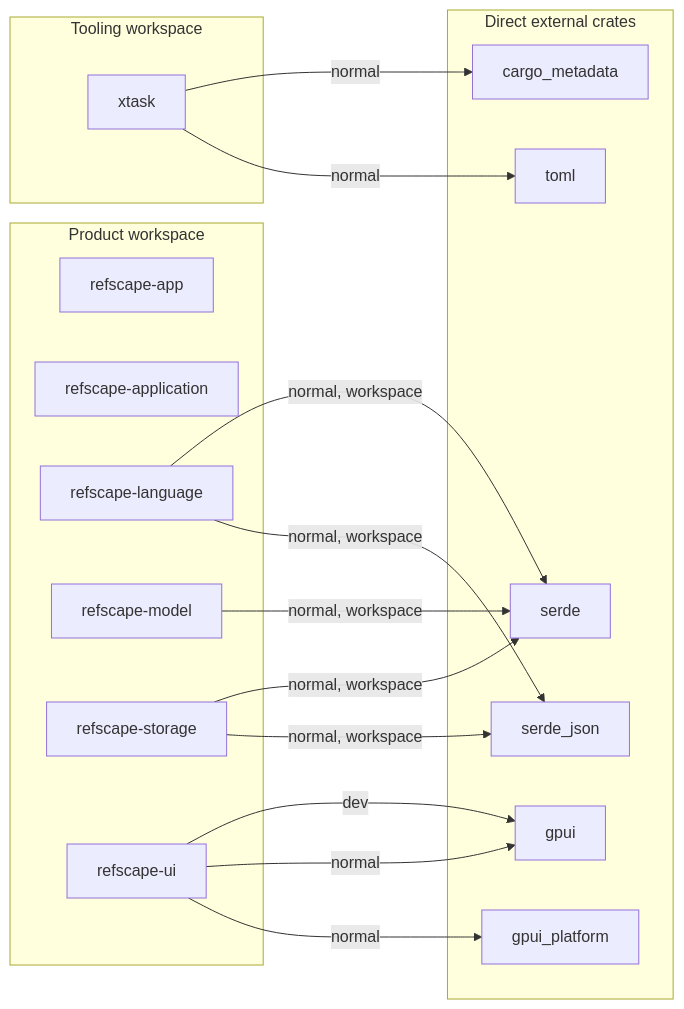
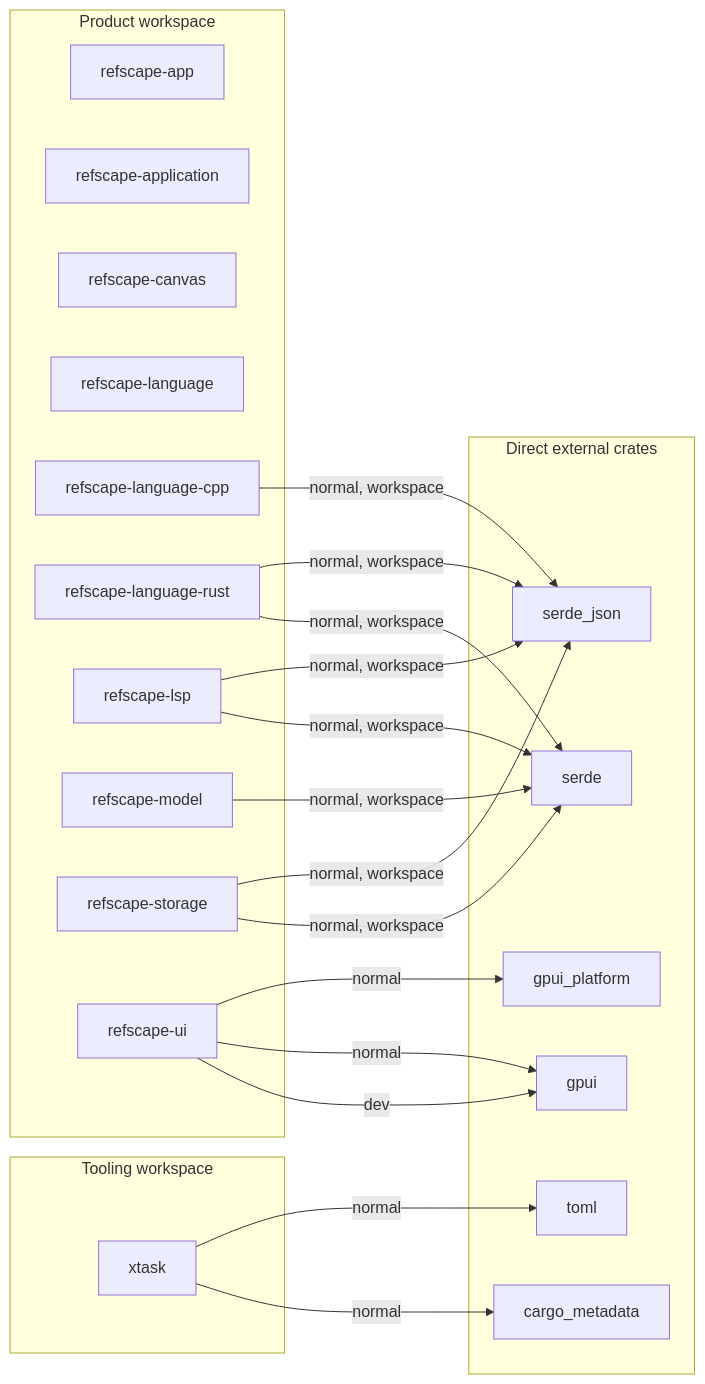
One commit to Kashiwade-music/refscape changed the second of 2 diagrams in docs/dependency-graph.md. Above: the diagram before and after it, drawn with Mermaid. The commit also changed other lines of this file and 77 other files, not shown here.

Commit message:
Refactor into acyclic language, LSP, and canvas crates

````diff
--- a/docs/dependency-graph.md
+++ b/docs/dependency-graph.md
@@ -46,32 +62,39 @@
 ```mermaid
 flowchart LR
     subgraph product["Product workspace"]
         refscape_app["refscape-app"]
         refscape_application["refscape-application"]
+        refscape_canvas["refscape-canvas"]
         refscape_language["refscape-language"]
+        refscape_language_cpp["refscape-language-cpp"]
+        refscape_language_rust["refscape-language-rust"]
+        refscape_lsp["refscape-lsp"]
         refscape_model["refscape-model"]
         refscape_storage["refscape-storage"]
         refscape_ui["refscape-ui"]
     end
     subgraph tooling["Tooling workspace"]
         xtask["xtask"]
     end
     subgraph external["Direct external crates"]
         external_0["cargo_metadata"]
         external_1["gpui"]
         external_2["gpui_platform"]
         external_3["serde"]
         external_4["serde_json"]
         external_5["toml"]
     end
-    refscape_language -->|"normal, workspace"| external_3
-    refscape_language -->|"normal, workspace"| external_4
+    refscape_language_cpp -->|"normal, workspace"| external_4
+    refscape_language_rust -->|"normal, workspace"| external_3
+    refscape_language_rust -->|"normal, workspace"| external_4
+    refscape_lsp -->|"normal, workspace"| external_3
+    refscape_lsp -->|"normal, workspace"| external_4
     refscape_model -->|"normal, workspace"| external_3
     refscape_storage -->|"normal, workspace"| external_3
     refscape_storage -->|"normal, workspace"| external_4
     refscape_ui -->|"dev"| external_1
     refscape_ui -->|"normal"| external_1
     refscape_ui -->|"normal"| external_2
     xtask -->|"normal"| external_0
     xtask -->|"normal"| external_5
 ```
````
